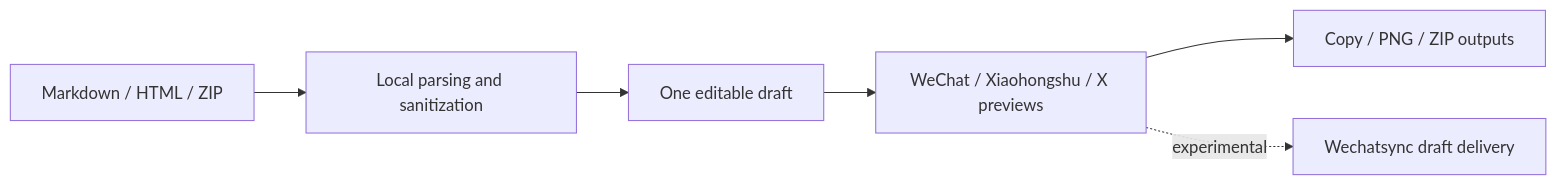
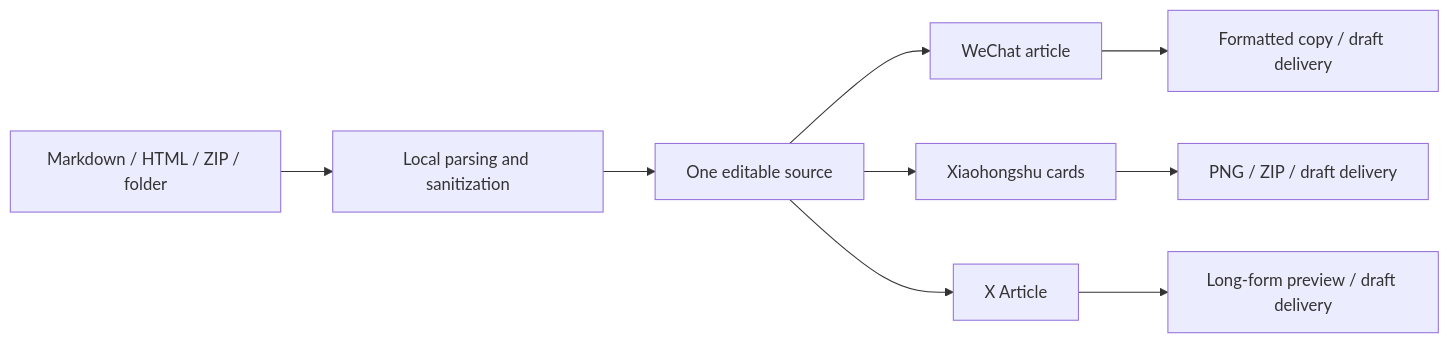
One commit to KeepATARAXIA/ezWriting changed the diagram in README.md. Above: the diagram before and after it, drawn with Mermaid. The commit also changed other lines of this file and 10 other files, not shown here.

````diff
--- a/README.md
+++ b/README.md
@@ -34,8 +32,11 @@
-```mermaid
+~~~mermaid
 flowchart LR
-    A["Markdown / HTML / ZIP"] --> B["Local parsing and sanitization"]
-    B --> C["One editable draft"]
-    C --> D["WeChat / Xiaohongshu / X previews"]
-    D --> E["Copy / PNG / ZIP outputs"]
-    D -. "experimental" .-> F["Wechatsync draft delivery"]
-```
+    A["Markdown / HTML / ZIP / folder"] --> B["Local parsing and sanitization"]
+    B --> C["One editable source"]
+    C --> D["WeChat article"]
+    C --> E["Xiaohongshu cards"]
+    C --> F["X Article"]
+    D --> G["Formatted copy / draft delivery"]
+    E --> H["PNG / ZIP / draft delivery"]
+    F --> I["Long-form preview / draft delivery"]
+~~~
````
